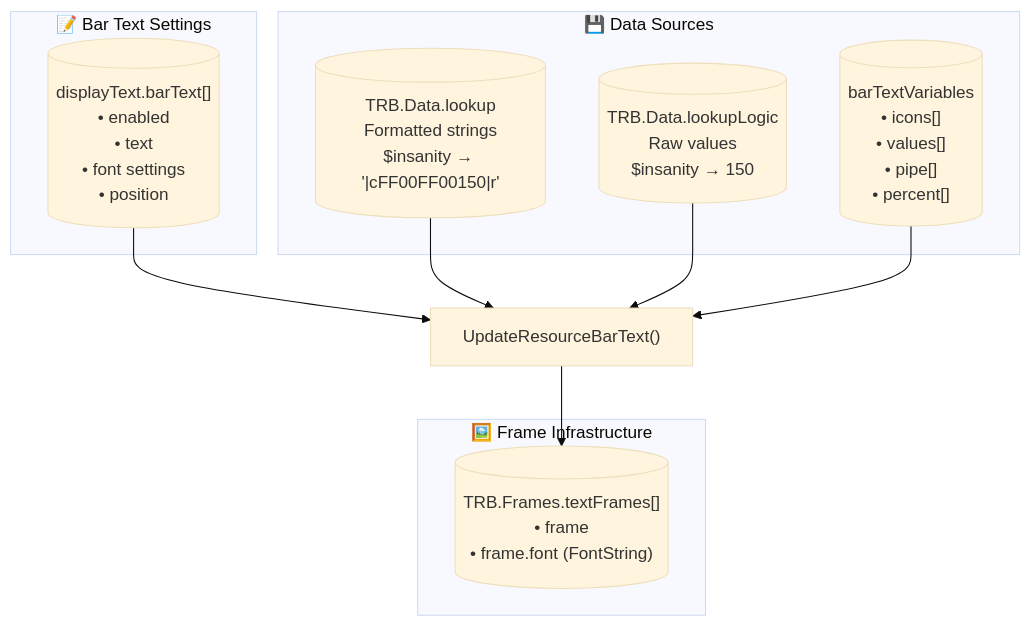
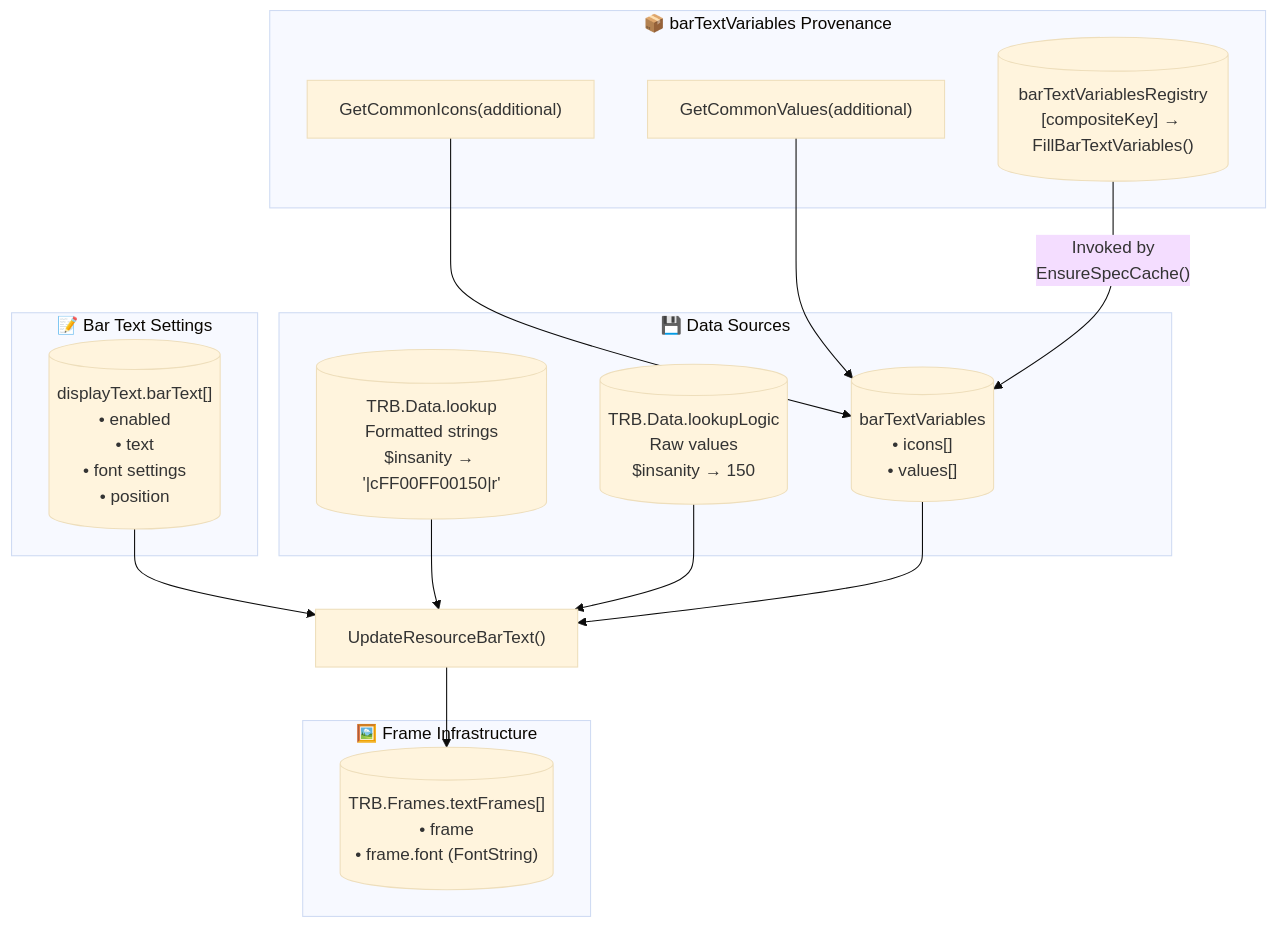
The first of 11 diagrams in docs/bar-text-processing.md (Twintop/TwintopInsanityBar), drawn with Mermaid (base theme) before and after one commit. The commit also changed other lines of this file and 2 other files, not shown here.

````diff
--- a/docs/bar-text-processing.md
+++ b/docs/bar-text-processing.md
@@ -7,22 +7,29 @@
 ```mermaid
 flowchart TB
     subgraph "📝 Bar Text Settings"
         BTS[("displayText.barText[]<br/>• enabled<br/>• text<br/>• font settings<br/>• position")]
     end
 
     subgraph "💾 Data Sources"
         LU[("TRB.Data.lookup<br/>Formatted strings<br/>$insanity → '|cFF00FF00150|r'")]
         LL[("TRB.Data.lookupLogic<br/>Raw values<br/>$insanity → 150")]
-        BTV[("barTextVariables<br/>• icons[]<br/>• values[]<br/>• pipe[]<br/>• percent[]")]
+        BTV[("barTextVariables<br/>• icons[]<br/>• values[]")]
+    end
+
+    subgraph "📦 barTextVariables Provenance"
+        GCI["GetCommonIcons(additional)"] --> BTV
+        GCV["GetCommonValues(additional)"] --> BTV
+        FBVR[("barTextVariablesRegistry<br/>[compositeKey] → FillBarTextVariables()")]
+        FBVR -->|"Invoked by<br/>EnsureSpecCache()"| BTV
     end
 
     subgraph "🖼️ Frame Infrastructure"
         TF[("TRB.Frames.textFrames[]<br/>• frame<br/>• frame.font (FontString)")]
     end
 
     BTS --> URBT["UpdateResourceBarText()"]
     LU --> URBT
     LL --> URBT
     BTV --> URBT
     URBT --> TF
 ```
````
